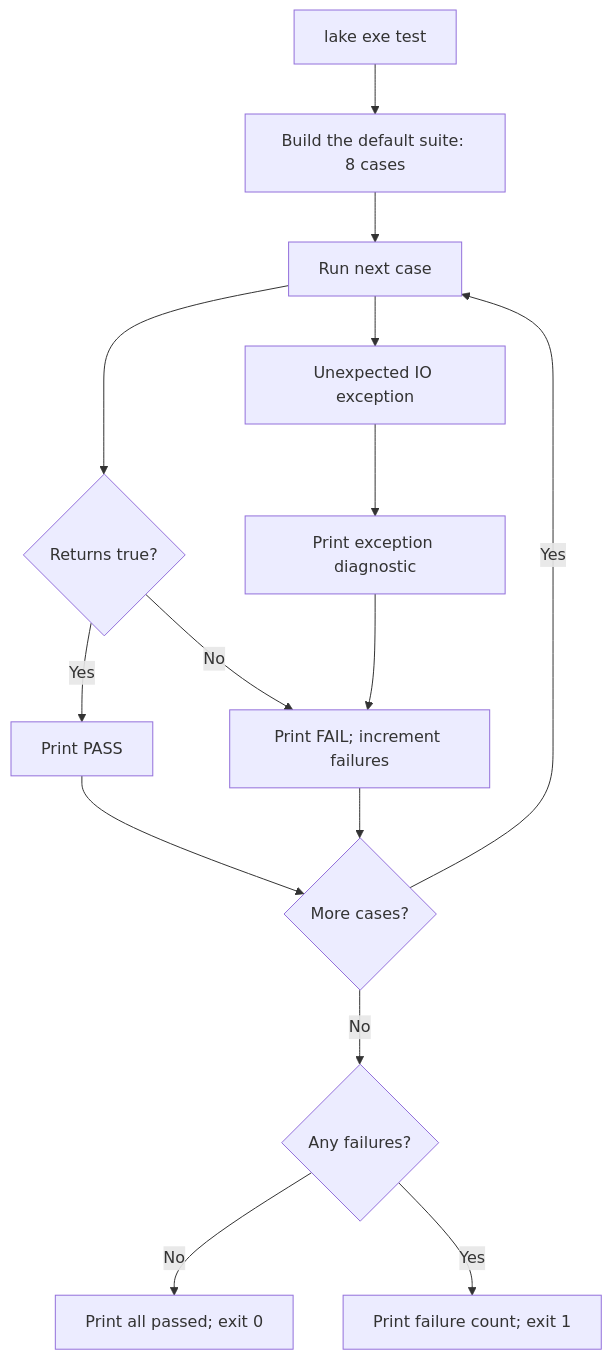
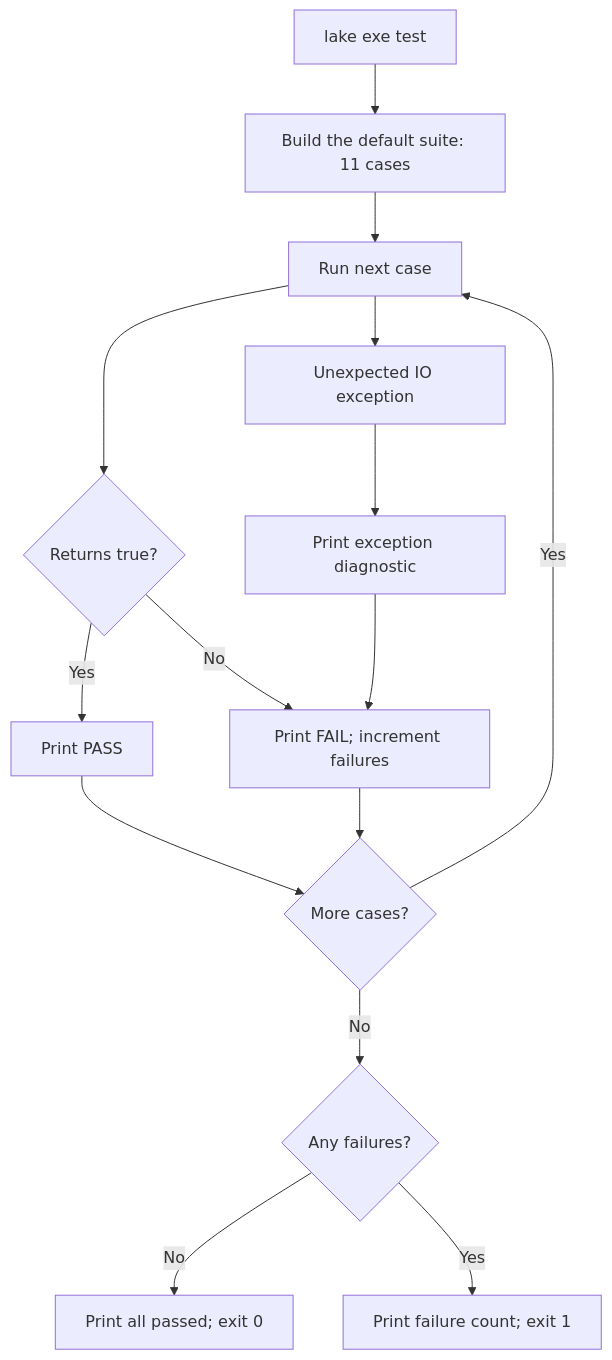
Before and after one commit to locusf/blackworm: the first of 6 diagrams in docs/test-visualization.md, drawn with Mermaid. The commit also changed other lines of this file and 5 other files, not shown here.

````diff
--- a/docs/test-visualization.md
+++ b/docs/test-visualization.md
@@ -10,17 +14,17 @@
 ```mermaid
 flowchart TD
-    START["lake exe test"] --> BUILD["Build the default suite: 8 cases"]
+    START["lake exe test"] --> BUILD["Build the default suite: 11 cases"]
     BUILD --> NEXT["Run next case"]
     NEXT --> RESULT{"Returns true?"}
     NEXT --> EXCEPTION["Unexpected IO exception"]
     EXCEPTION --> DIAG["Print exception diagnostic"]
     DIAG --> FAIL["Print FAIL; increment failures"]
     RESULT -->|Yes| PASS["Print PASS"]
     RESULT -->|No| FAIL
     PASS --> MORE{"More cases?"}
     FAIL --> MORE
     MORE -->|Yes| NEXT
     MORE -->|No| SUMMARY{"Any failures?"}
     SUMMARY -->|No| OK["Print all passed; exit 0"]
     SUMMARY -->|Yes| BAD["Print failure count; exit 1"]
 ```
````
